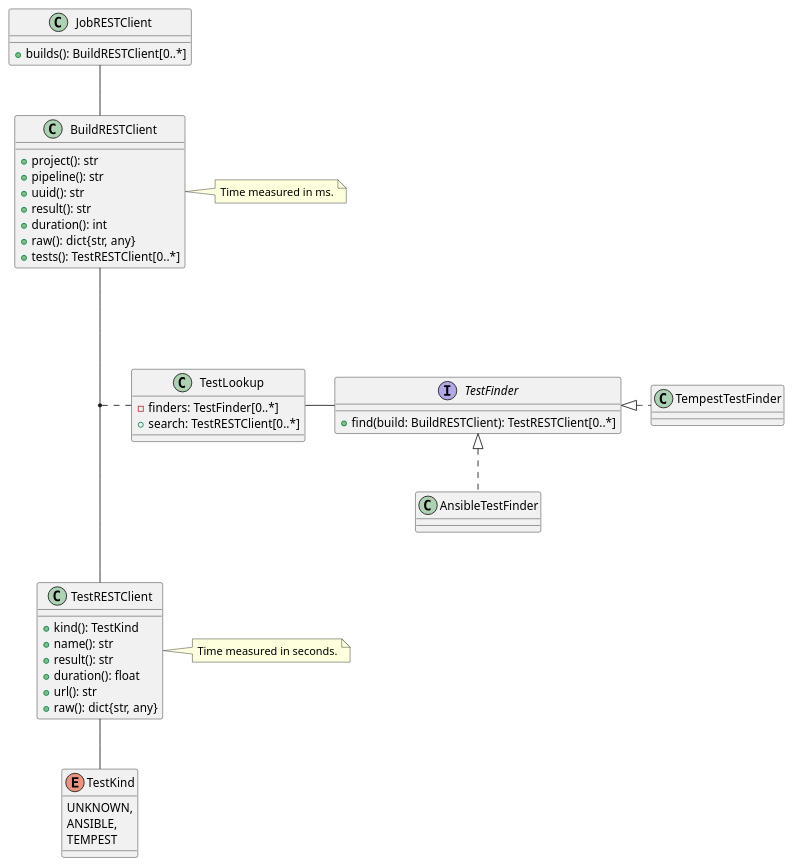
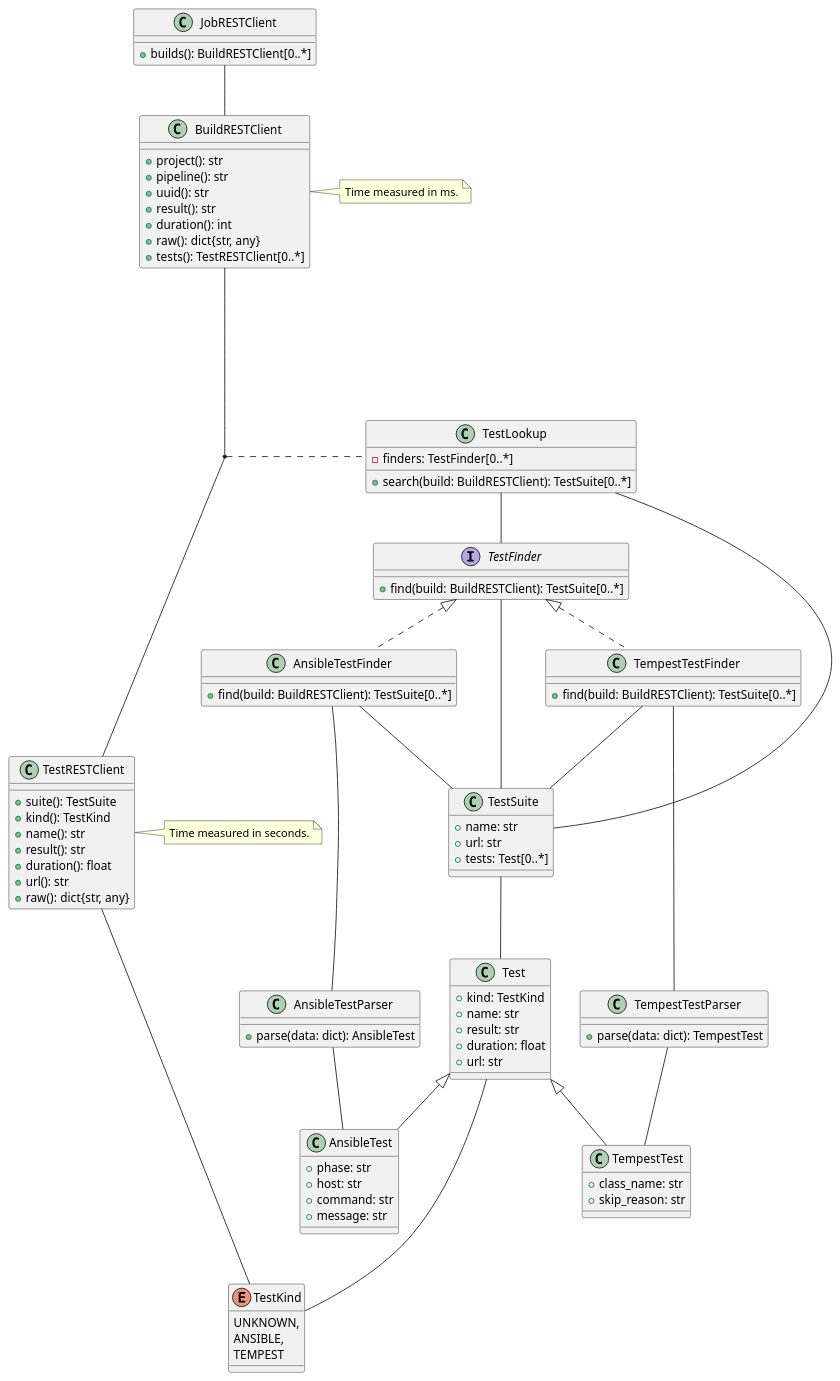
The diagram in cibyl/sources/zuul/apis/rest.puml (RedHatCRE/cibyl), drawn with PlantUML before and after one commit.

Commit message:
Updating plan.

```diff
--- a/cibyl/sources/zuul/apis/rest.puml
+++ b/cibyl/sources/zuul/apis/rest.puml
@@ -1,60 +1,110 @@
 @startuml
 class JobRESTClient {
     + builds(): BuildRESTClient[0..*]
 }
 
 class BuildRESTClient {
     + project(): str
     + pipeline(): str
     + uuid(): str
     + result(): str
     + duration(): int
     + raw(): dict{str, any}
     + tests(): TestRESTClient[0..*]
 }
 
 class TestRESTClient {
+    + suite(): TestSuite
     + kind(): TestKind
     + name(): str
     + result(): str
     + duration(): float
     + url(): str
     + raw(): dict{str, any}
 }
 
 enum TestKind {
     UNKNOWN,
     ANSIBLE,
     TEMPEST
 }
 
 class TestLookup {
     - finders: TestFinder[0..*]
-    + search: TestRESTClient[0..*]
+    + search(build: BuildRESTClient): TestSuite[0..*]
 }
 
 interface TestFinder {
-    + find(build: BuildRESTClient): TestRESTClient[0..*]
+    + find(build: BuildRESTClient): TestSuite[0..*]
 }
 
 class AnsibleTestFinder {
+    + find(build: BuildRESTClient): TestSuite[0..*]
+}
+
+class AnsibleTestParser {
+     + parse(data: dict): AnsibleTest
 }
 
 class TempestTestFinder {
+    + find(build: BuildRESTClient): TestSuite[0..*]
+}
+
+class TempestTestParser {
+     + parse(data: dict): TempestTest
+}
+
+class TestSuite {
+    + name: str
+    + url: str
+    + tests: Test[0..*]
+}
+
+class Test {
+    + kind: TestKind
+    + name: str
+    + result: str
+    + duration: float
+    + url: str
+}
+
+class AnsibleTest {
+    + phase: str
+    + host: str
+    + command: str
+    + message: str
+}
+
+class TempestTest {
+    + class_name: str
+    + skip_reason: str
 }
 
 note "Time measured in ms." as BUILD_TIME_NOTE
 note "Time measured in seconds." as TEST_TIME_NOTE
 
 JobRESTClient -- BuildRESTClient
-BuildRESTClient --- TestRESTClient
+BuildRESTClient ---- TestRESTClient
 (BuildRESTClient, TestRESTClient) .. TestLookup
+TestRESTClient -- TestKind
+
 TestLookup - TestFinder
+TestLookup ---- TestSuite
 TestFinder <|.. AnsibleTestFinder
 TestFinder <|. TempestTestFinder
-TestRESTClient -- TestKind
+AnsibleTestFinder -- AnsibleTestParser
+AnsibleTestFinder -- TestSuite
+AnsibleTestParser -- AnsibleTest
+TempestTestFinder -- TempestTestParser
+TempestTestFinder -- TestSuite
+TempestTestParser -- TempestTest
+TestFinder -- TestSuite
+TestSuite -- Test
+Test <|-- AnsibleTest
+Test <|-- TempestTest
+Test --- TestKind
 
 BuildRESTClient - BUILD_TIME_NOTE
 TestRESTClient - TEST_TIME_NOTE
 
 @enduml
```
